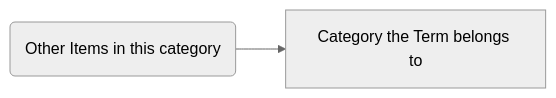
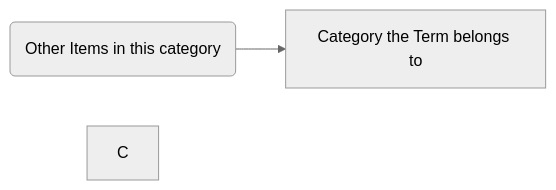
One commit to gerbssusd/dok changed the diagram in slides.md. Above: the diagram before and after it, drawn with Mermaid (neutral theme).

````diff
--- a/slides.md
+++ b/slides.md
@@ -217,10 +217,10 @@
 ```mermaid {theme: 'neutral', scale: 0.8}
 flowchart LR
 A(Other Items in this category) --> B[Category the Term belongs to]
-
+C
 
 
 
 
 
 ```
````
